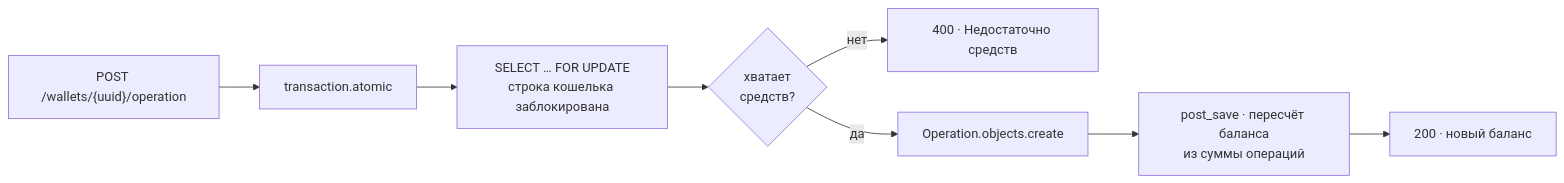
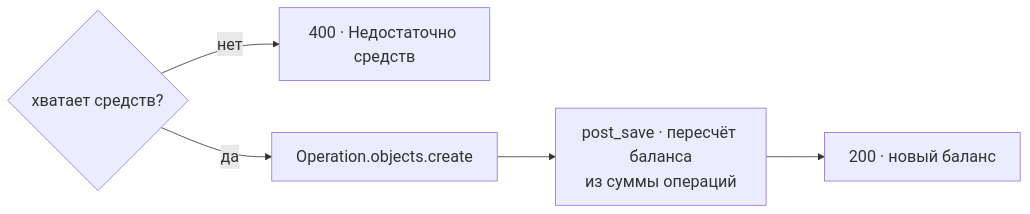
Before and after one commit to SlavaKlkv/wallet: the second of 2 diagrams in README.md, drawn with Mermaid. The commit also changed other lines of this file, not shown here.

Commit message:
Improve readability of concurrency diagram

````diff
--- a/README.md
+++ b/README.md
@@ -15,10 +27,9 @@
 ```mermaid
+%%{init: {"themeVariables": {"fontSize": "20px"}, "flowchart": {"nodeSpacing": 64, "rankSpacing": 72, "diagramPadding": 28}}}%%
 flowchart LR
-  R["POST /wallets/{uuid}/operation"] --> T["transaction.atomic"]
-  T --> L["SELECT … FOR UPDATE<br/>строка кошелька заблокирована"]
-  L --> V{"хватает<br/>средств?"}
+  V{"хватает средств?"}
   V -- нет --> E["400 · Недостаточно средств"]
   V -- да --> O["Operation.objects.create"]
   O --> S["post_save · пересчёт баланса<br/>из суммы операций"]
   S --> A["200 · новый баланс"]
 ```
````
